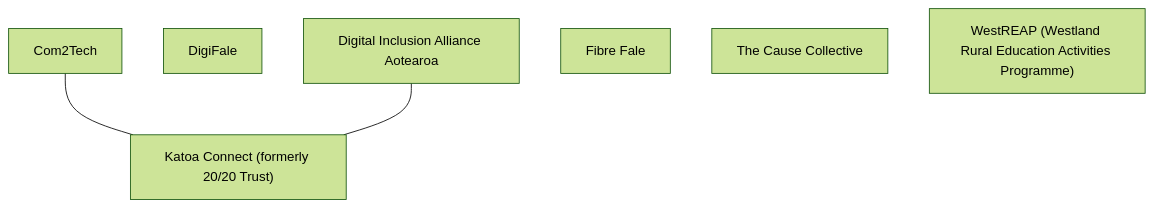
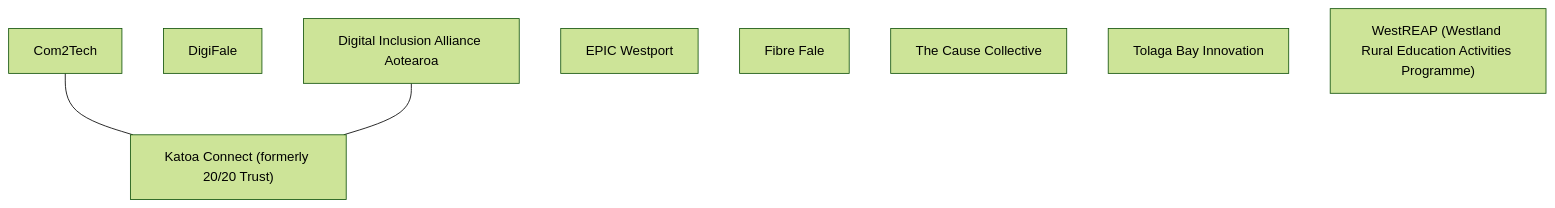
One commit to olitreadwell/nz-tech-for-good changed diagram 17 of 24 in GUIDE.md. Above: the diagram before and after it, drawn with Mermaid (forest theme). The commit also changed other lines of this file and 3 other files, not shown here.

````diff
--- a/GUIDE.md
+++ b/GUIDE.md
@@ -336,12 +349,14 @@
 ```mermaid
 flowchart TD
     n_Com2Tech["Com2Tech"]
     n_DigiFale["DigiFale"]
     n_DigitalInclusionAlliance["Digital Inclusion Alliance Aotearoa"]
+    n_EPICWestport["EPIC Westport"]
     n_FibreFale["Fibre Fale"]
     n_KatoaConnectformerly2020["Katoa Connect (formerly 20/20 Trust)"]
     n_TheCauseCollective["The Cause Collective"]
+    n_TolagaBayInnovation["Tolaga Bay Innovation"]
     n_WestREAPWestlandRuralEdu["WestREAP (Westland Rural Education Activities Programme)"]
     n_Com2Tech --- n_KatoaConnectformerly2020
     n_DigitalInclusionAlliance --- n_KatoaConnectformerly2020
 ```
````
